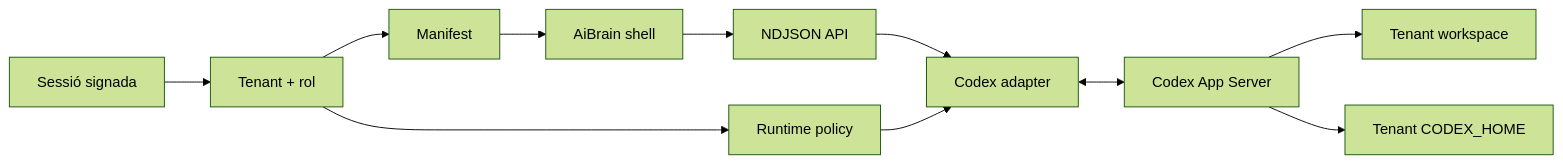
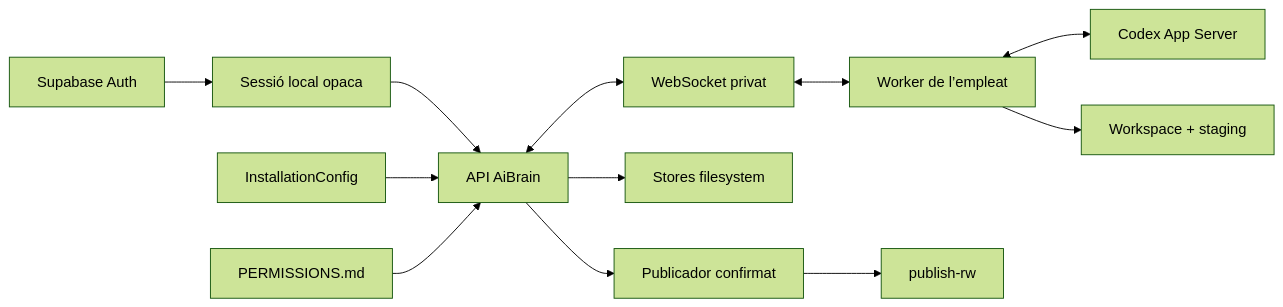
Before and after one commit to arnautxu/AiBrain: the diagram in AIBRAIN_CODEX_ARCHITECTURE.md, drawn with Mermaid (forest theme). The commit also changed other lines of this file and 3 other files, not shown here.

````diff
--- a/AIBRAIN_CODEX_ARCHITECTURE.md
+++ b/AIBRAIN_CODEX_ARCHITECTURE.md
@@ -17,13 +30,14 @@
 ```mermaid
 flowchart LR
-  SESSION["Sessió signada"] --> TENANT["Tenant + rol"]
-  TENANT --> MANIFEST["Manifest"]
-  TENANT --> POLICY["Runtime policy"]
-  MANIFEST --> UI["AiBrain shell"]
-  UI --> API["NDJSON API"]
-  API --> ADAPTER["Codex adapter"]
-  ADAPTER <--> APP["Codex App Server"]
-  POLICY --> ADAPTER
-  APP --> WORKSPACE["Tenant workspace"]
-  APP --> HOME["Tenant CODEX_HOME"]
+  AUTH["Supabase Auth"] --> SESSION["Sessió local opaca"]
+  SESSION --> API["API AiBrain"]
+  CONFIG["InstallationConfig"] --> API
+  POLICY["PERMISSIONS.md"] --> API
+  API <--> WS["WebSocket privat"]
+  WS <--> WORKER["Worker de l’empleat"]
+  WORKER <--> CODEX["Codex App Server"]
+  WORKER --> STAGING["Workspace + staging"]
+  API --> STORES["Stores filesystem"]
+  API --> PUBLISHER["Publicador confirmat"]
+  PUBLISHER --> OFFICIAL["publish-rw"]
 ```
````
